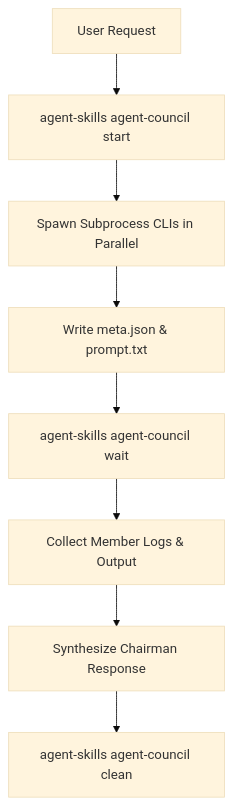
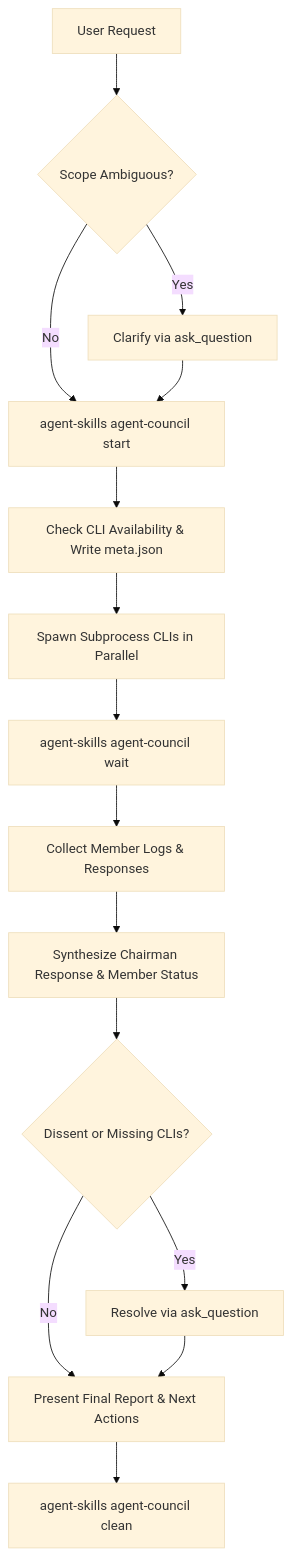
Before and after one commit to louis-pvs/agent-skills: the diagram in skills/agent-council/references/overview.md, drawn with Mermaid (base theme). The commit also changed other lines of this file and 12 other files, not shown here.

Commit message:
feat: implement agent-council skill orchestration and add CLI installation management utilities

````diff
--- a/skills/agent-council/references/overview.md
+++ b/skills/agent-council/references/overview.md
@@ -9,10 +9,17 @@
 ```mermaid
 flowchart TD
-    A[User Request] --> B[agent-skills agent-council start]
-    B --> C[Spawn Subprocess CLIs in Parallel]
-    C --> D[Write meta.json & prompt.txt]
-    D --> E[agent-skills agent-council wait]
-    E --> F[Collect Member Logs & Output]
-    F --> G[Synthesize Chairman Response]
-    G --> H[agent-skills agent-council clean]
+    A[User Request] --> B{Scope Ambiguous?}
+    B -- Yes --> C[Clarify via ask_question]
+    B -- No --> D[agent-skills agent-council start]
+    C --> D
+    D --> E[Check CLI Availability & Write meta.json]
+    E --> F[Spawn Subprocess CLIs in Parallel]
+    F --> G[agent-skills agent-council wait]
+    G --> H[Collect Member Logs & Responses]
+    H --> I[Synthesize Chairman Response & Member Status]
+    I --> J{Dissent or Missing CLIs?}
+    J -- Yes --> K[Resolve via ask_question]
+    J -- No --> L[Present Final Report & Next Actions]
+    K --> L
+    L --> M[agent-skills agent-council clean]
 ```
````
